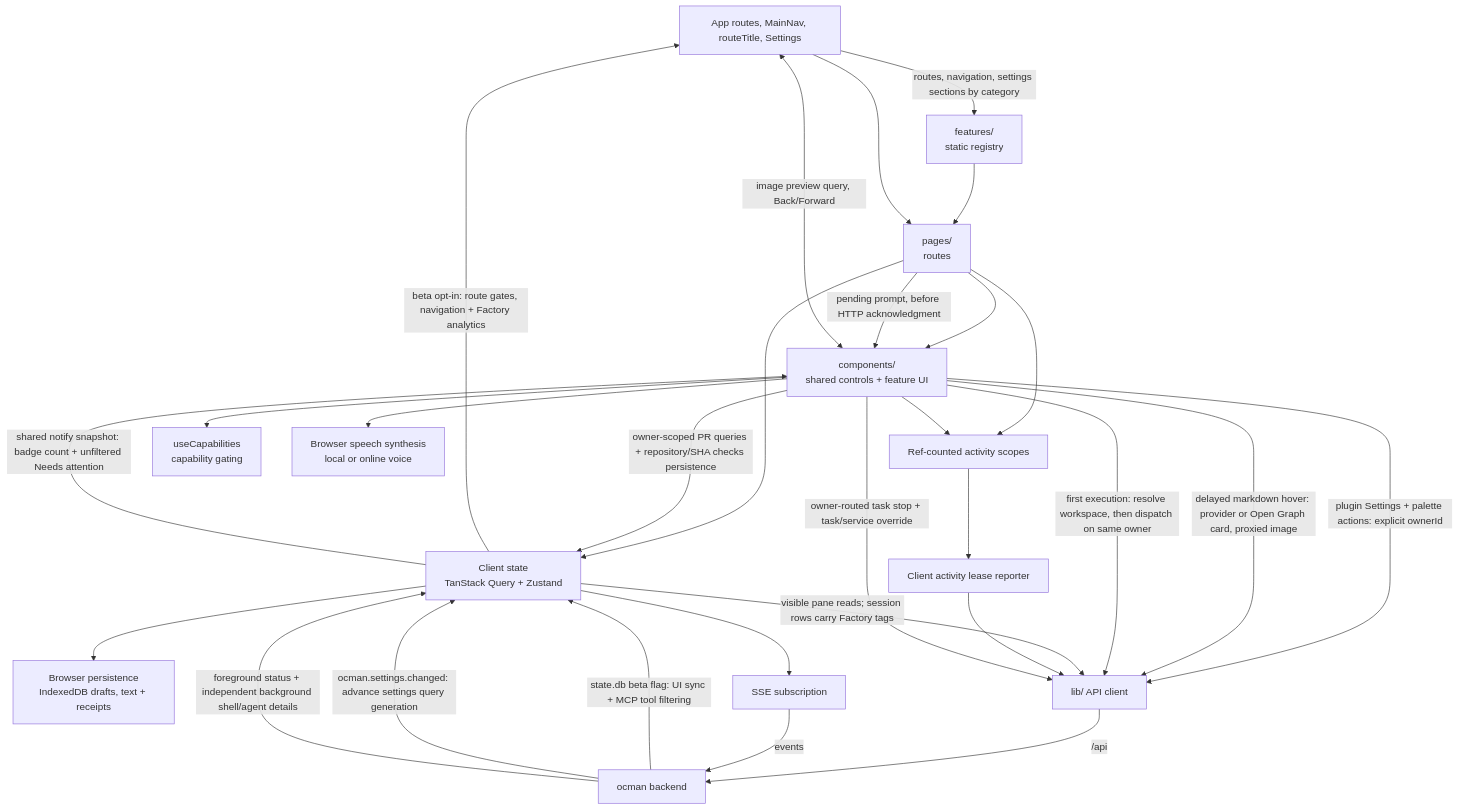
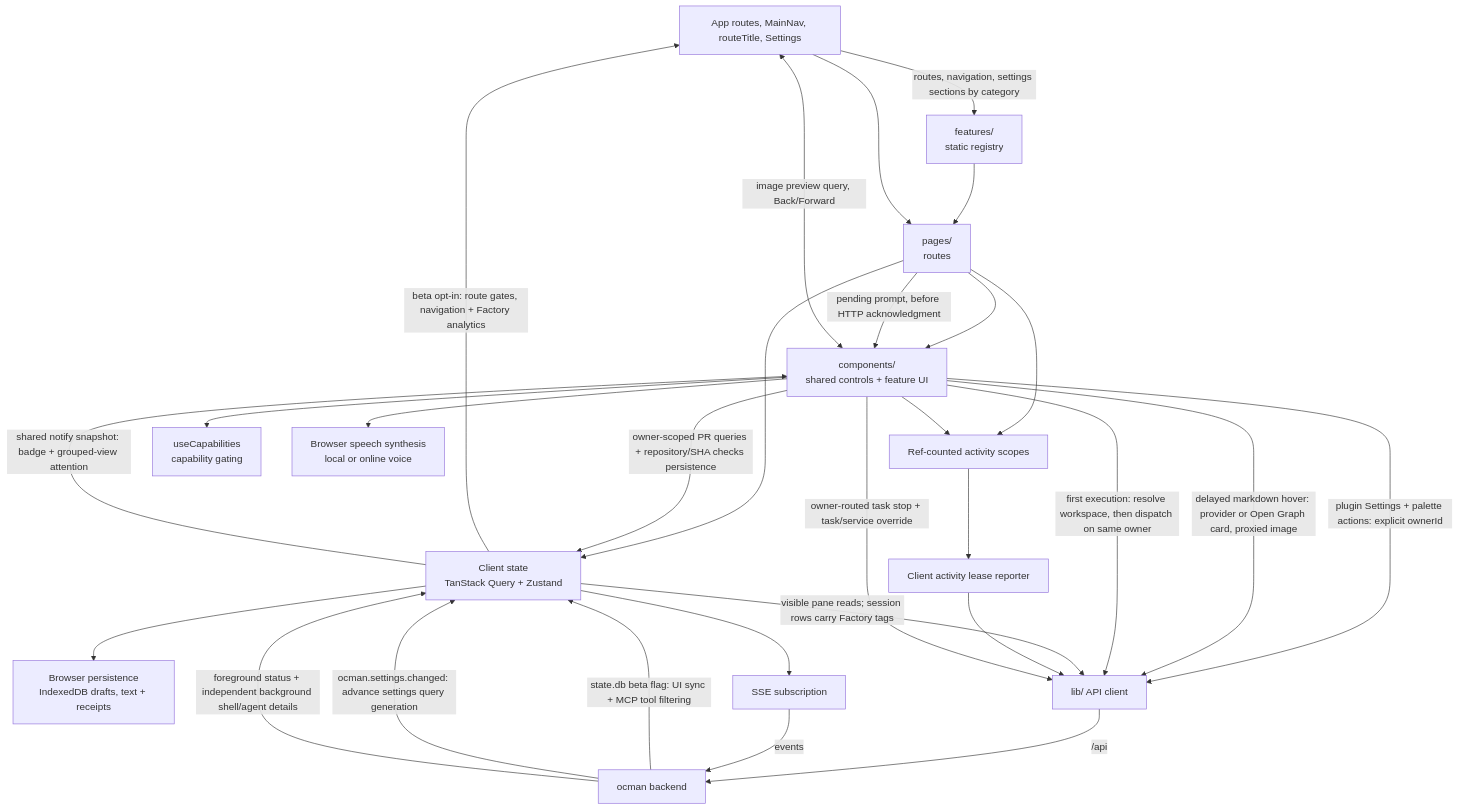
Before and after one commit to ocman/ocman: the tenth of 13 diagrams in docs/other/architecture.md, drawn with Mermaid. The commit also changed other lines of this file and 17 other files, not shown here.

````diff
--- a/docs/other/architecture.md
+++ b/docs/other/architecture.md
@@ -1366,31 +1366,31 @@
 ```mermaid
 flowchart TD
     Shell[App routes, MainNav, routeTitle, Settings] -->|routes, navigation, settings sections by category| Features[features/<br/>static registry]
     Features --> Pages
     Shell --> Pages
     Pages[pages/<br/>routes] --> Comp[components/<br/>shared controls + feature UI]
     Pages --> Stores[Client state<br/>TanStack Query + Zustand]
     Pages -->|pending prompt, before HTTP acknowledgment| Comp
     Stores --> Persistence[Browser persistence<br/>IndexedDB drafts, text + receipts]
     Stores -->|beta opt-in: route gates, navigation + Factory analytics| Shell
     Comp -->|owner-scoped PR queries + repository/SHA checks persistence| Stores
     Comp -->|plugin Settings + palette actions: explicit ownerId| API
     Comp -->|delayed markdown hover: provider or Open Graph card, proxied image| API
     Comp -->|first execution: resolve workspace, then dispatch on same owner| API
     Stores -->|visible pane reads; session rows carry Factory tags| API[lib/ API client]
     Stores --> SSE[SSE subscription]
-    Stores -->|shared notify snapshot: badge count + unfiltered Needs attention| Comp
+    Stores -->|shared notify snapshot: badge + grouped-view attention| Comp
     Pages --> Scopes[Ref-counted activity scopes]
     Comp --> Scopes
     Scopes --> Reporter[Client activity lease reporter]
     Reporter --> API
     API -->|/api| Hub[ocman backend]
     Hub -->|state.db beta flag: UI sync + MCP tool filtering| Stores
     SSE -->|events| Hub
     Hub -->|ocman.settings.changed: advance settings query generation| Stores
     Hub -->|foreground status + independent background shell/agent details| Stores
     Comp -->|owner-routed task stop + task/service override| API
     Comp --> Caps[useCapabilities<br/>capability gating]
     Comp --> Speech[Browser speech synthesis<br/>local or online voice]
     Comp <-->|image preview query, Back/Forward| Shell
 ```
````
